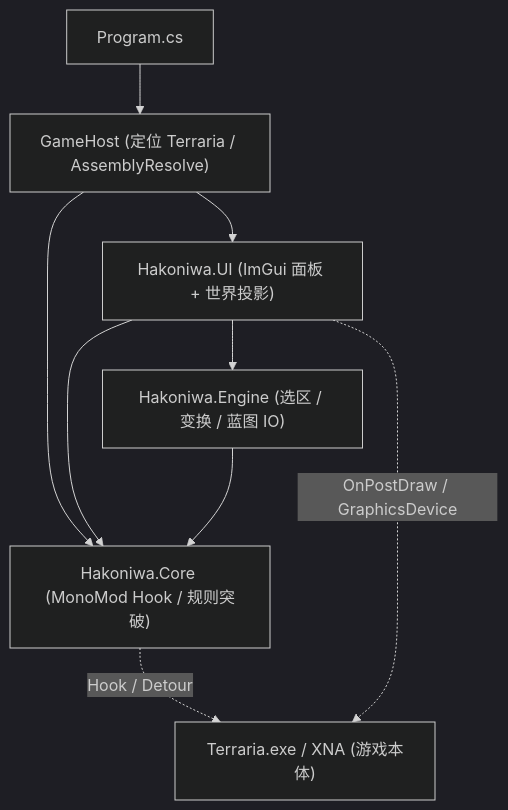
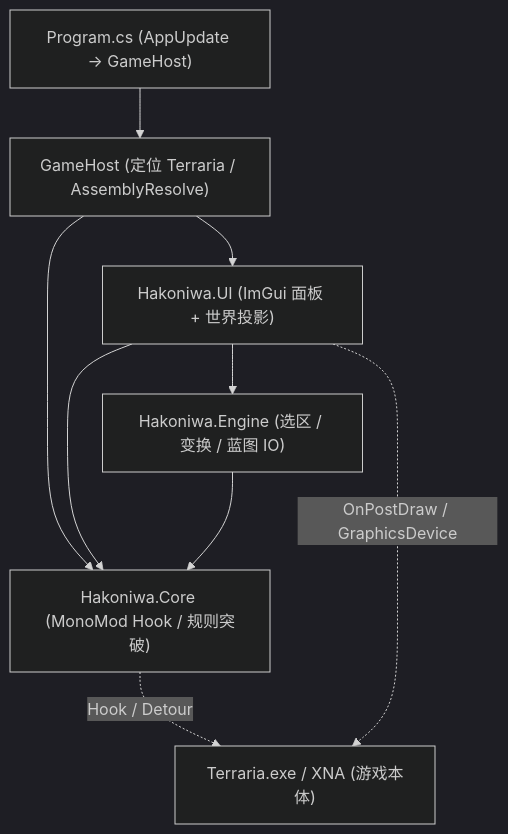
One commit to Megghy/Hakoniwa changed the diagram in ARCHITECTURE.md. Above: the diagram before and after it, drawn with Mermaid (dark theme). The commit also changed other lines of this file and 3 other files, not shown here.

````diff
--- a/ARCHITECTURE.md
+++ b/ARCHITECTURE.md
@@ -16,18 +16,18 @@
 ```mermaid
 flowchart TD
-    Program["Program.cs"]
+    Program["Program.cs (AppUpdate → GameHost)"]
     Host["GameHost (定位 Terraria / AssemblyResolve)"]
     UI["Hakoniwa.UI (ImGui 面板 + 世界投影)"]
     Engine["Hakoniwa.Engine (选区 / 变换 / 蓝图 IO)"]
     Core["Hakoniwa.Core (MonoMod Hook / 规则突破)"]
     Game["Terraria.exe / XNA (游戏本体)"]
 
     Program --> Host
     Host --> Core
     Host --> UI
     UI --> Engine
     UI --> Core
     Engine --> Core
     Core -. Hook / Detour .-> Game
     UI -. OnPostDraw / GraphicsDevice .-> Game
 ```
````
